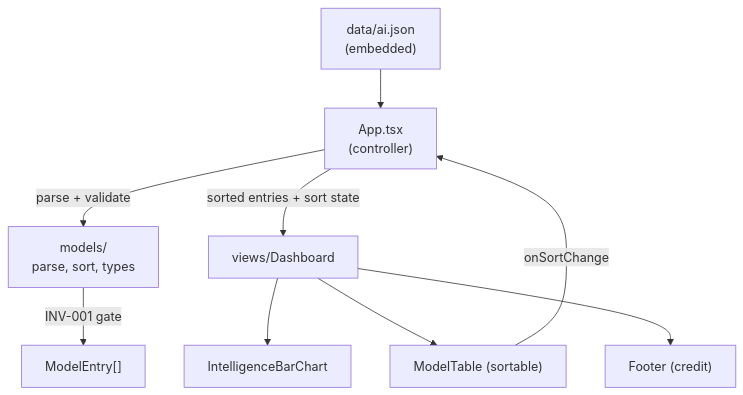
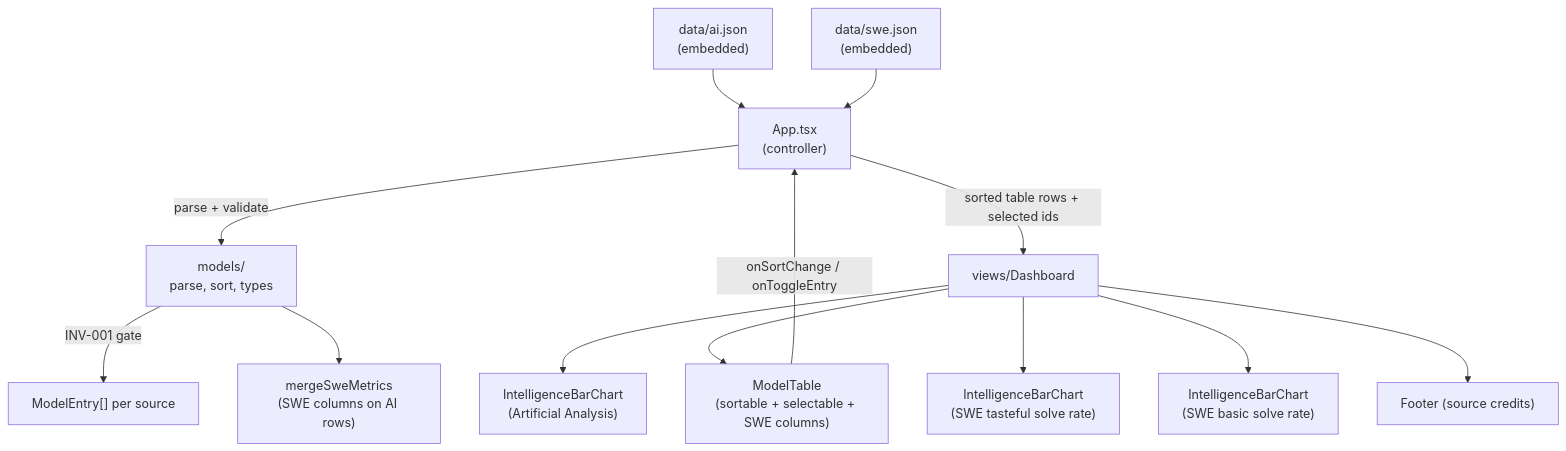
Before and after one commit to johnpfeiffer/benchmarks: the first of 2 diagrams in architecture.md, drawn with Mermaid. The commit also changed other lines of this file and 19 other files, not shown here.

````diff
--- a/architecture.md
+++ b/architecture.md
@@ -20,11 +21,15 @@
 ```mermaid
 flowchart TD
-    JSON["data/ai.json<br/>(embedded)"] --> App["App.tsx<br/>(controller)"]
+    AIJSON["data/ai.json<br/>(embedded)"] --> App["App.tsx<br/>(controller)"]
+    SWEJSON["data/swe.json<br/>(embedded)"] --> App
     App -->|parse + validate| Models["models/<br/>parse, sort, types"]
-    Models -->|INV-001 gate| Validated["ModelEntry[]"]
-    App -->|sorted entries + sort state| Dashboard["views/Dashboard"]
-    Dashboard --> Chart["IntelligenceBarChart"]
-    Dashboard --> Table["ModelTable (sortable)"]
-    Dashboard --> Footer["Footer (credit)"]
-    Table -->|onSortChange| App
+    Models -->|INV-001 gate| Validated["ModelEntry[] per source"]
+    Models --> Merge["mergeSweMetrics<br/>(SWE columns on AI rows)"]
+    App -->|sorted table rows + selected ids| Dashboard["views/Dashboard"]
+    Dashboard --> ChartA["IntelligenceBarChart<br/>(Artificial Analysis)"]
+    Dashboard --> Table["ModelTable<br/>(sortable + selectable + SWE columns)"]
+    Dashboard --> ChartB["IntelligenceBarChart<br/>(SWE tasteful solve rate)"]
+    Dashboard --> ChartC["IntelligenceBarChart<br/>(SWE basic solve rate)"]
+    Dashboard --> Footer["Footer (source credits)"]
+    Table -->|onSortChange / onToggleEntry| App
 ```
````
